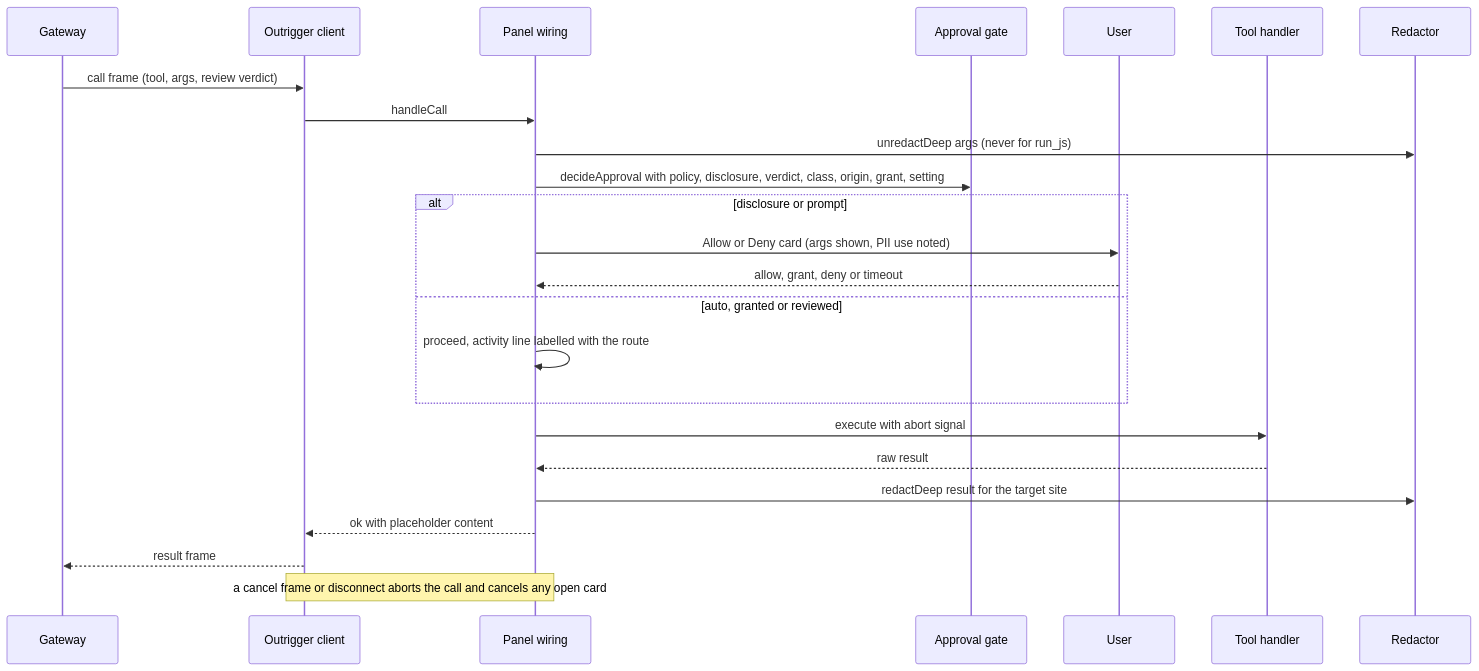
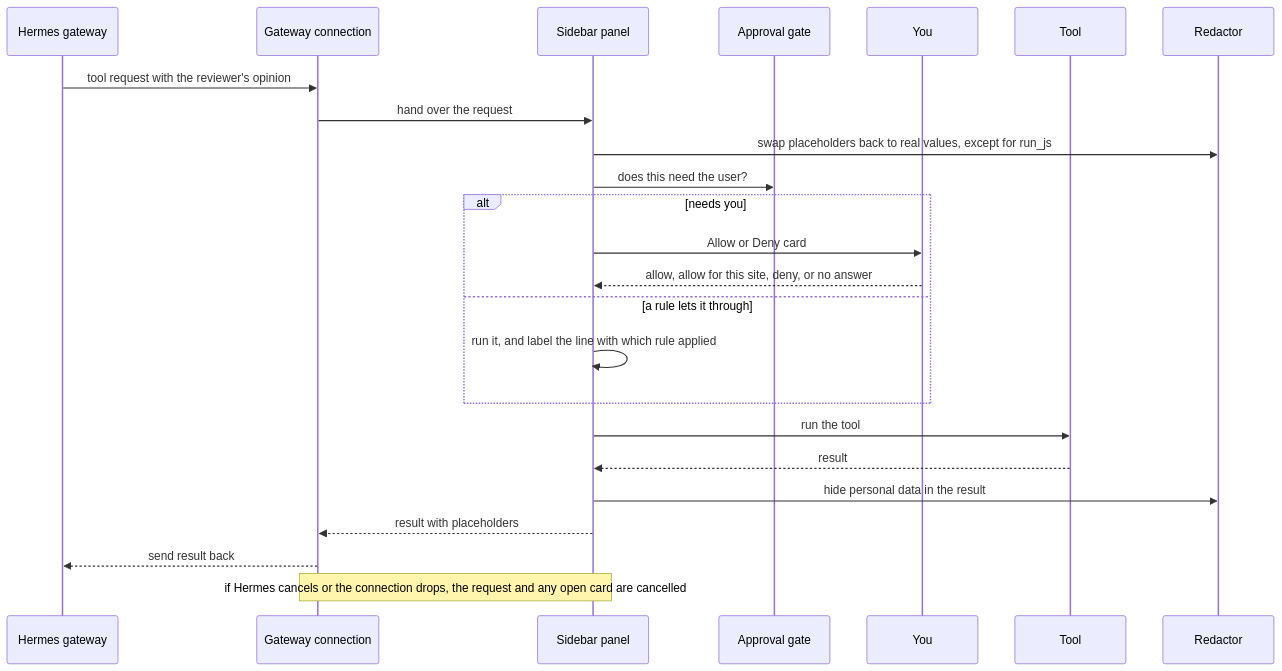
The second of 5 diagrams in AUDIT.md (codepilots/hermes-sidebar), drawn with Mermaid before and after one commit. The commit also changed other lines of this file and 3 other files, not shown here.

````diff
--- a/AUDIT.md
+++ b/AUDIT.md
@@ -74,26 +132,26 @@
 ```mermaid
 sequenceDiagram
-  participant GW as Gateway
-  participant OC as Outrigger client
-  participant PN as Panel wiring
+  participant GW as Hermes gateway
+  participant OC as Gateway connection
+  participant PN as Sidebar panel
   participant TG as Approval gate
-  participant US as User
-  participant HD as Tool handler
+  participant US as You
+  participant HD as Tool
   participant RD as Redactor
-  GW->>OC: call frame (tool, args, review verdict)
-  OC->>PN: handleCall
-  PN->>RD: unredactDeep args (never for run_js)
-  PN->>TG: decideApproval with policy, disclosure, verdict, class, origin, grant, setting
-  alt disclosure or prompt
-    PN->>US: Allow or Deny card (args shown, PII use noted)
-    US-->>PN: allow, grant, deny or timeout
-  else auto, granted or reviewed
-    PN->>PN: proceed, activity line labelled with the route
+  GW->>OC: tool request with the reviewer's opinion
+  OC->>PN: hand over the request
+  PN->>RD: swap placeholders back to real values, except for run_js
+  PN->>TG: does this need the user?
+  alt needs you
+    PN->>US: Allow or Deny card
+    US-->>PN: allow, allow for this site, deny, or no answer
+  else a rule lets it through
+    PN->>PN: run it, and label the line with which rule applied
   end
-  PN->>HD: execute with abort signal
-  HD-->>PN: raw result
-  PN->>RD: redactDeep result for the target site
-  PN-->>OC: ok with placeholder content
-  OC-->>GW: result frame
-  Note over OC,PN: a cancel frame or disconnect aborts the call and cancels any open card
+  PN->>HD: run the tool
+  HD-->>PN: result
+  PN->>RD: hide personal data in the result
+  PN-->>OC: result with placeholders
+  OC-->>GW: send result back
+  Note over OC,PN: if Hermes cancels or the connection drops, the request and any open card are cancelled
 ```
````
